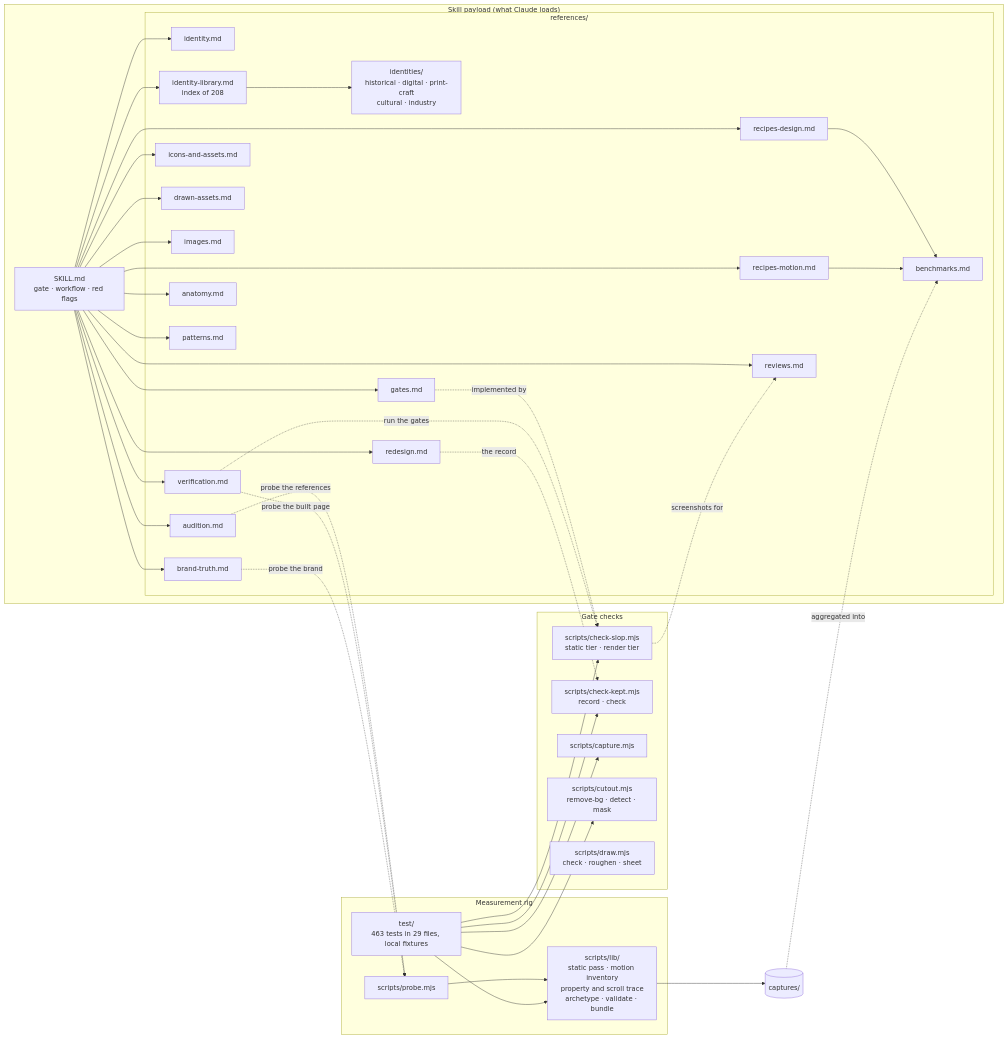
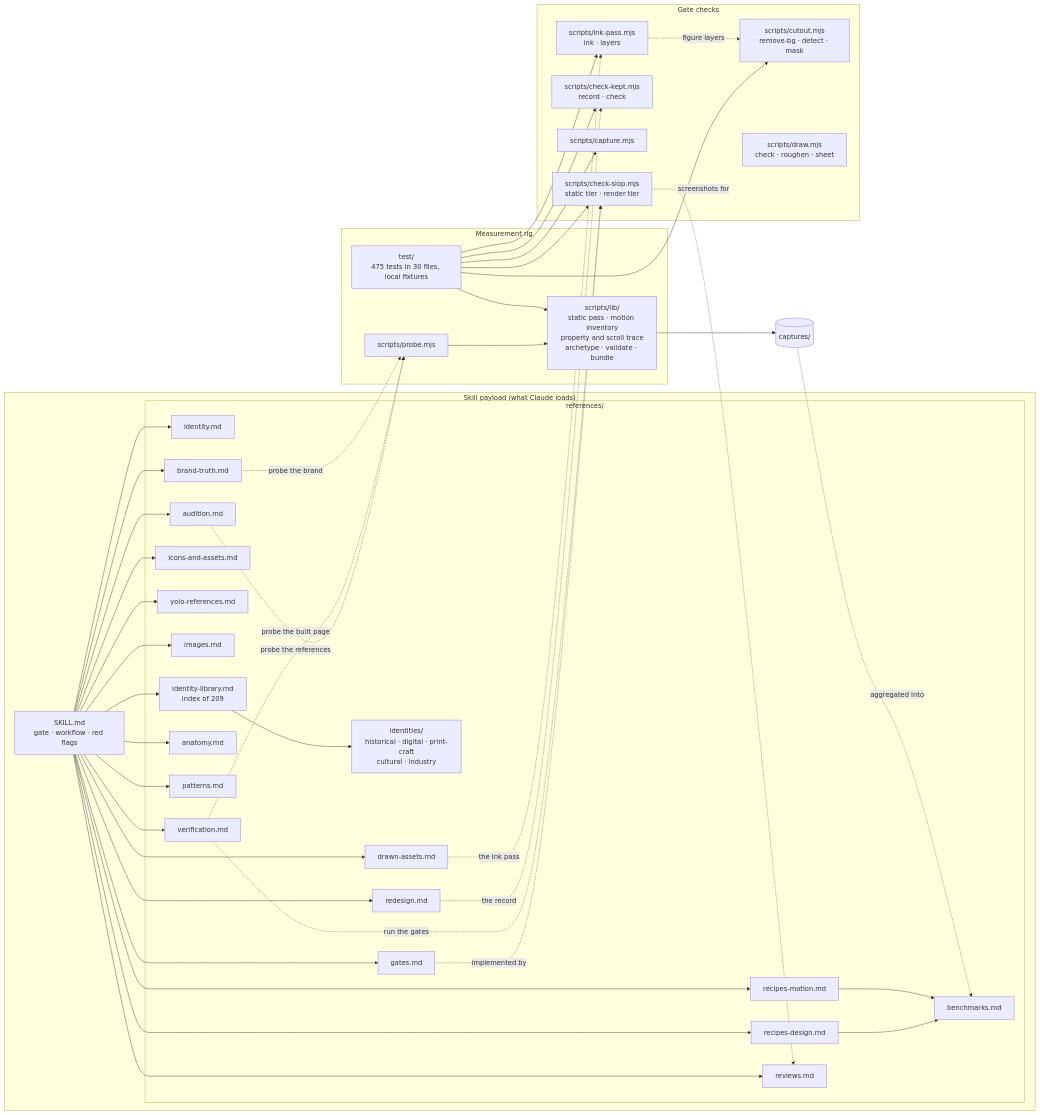
One commit to jounimn/df-design changed the second of 2 diagrams in README.md. Above: the diagram before and after it, drawn with Mermaid. The commit also changed other lines of this file and 20 other files, not shown here.

First line of the commit message:
feat(yolo): webcomic identity, local key art, the ink pass and continuous cuts

````diff
--- a/README.md
+++ b/README.md
@@ -183,51 +183,55 @@
 ```mermaid
 flowchart LR
     subgraph Skill["Skill payload (what Claude loads)"]
         SK["SKILL.md<br/>gate · workflow · red flags"]
         subgraph Refs["references/"]
             ID["identity.md"]
             AUD["audition.md"]
-            LIB["identity-library.md<br/>index of 208"]
+            LIB["identity-library.md<br/>index of 209"]
             FAM["identities/<br/>historical · digital · print-craft<br/>cultural · industry"]
             RD["recipes-design.md"]
             RM["recipes-motion.md"]
             IC["icons-and-assets.md"]
             DRA["drawn-assets.md"]
+            YRF["yolo-references.md"]
             IMG["images.md"]
             VER["verification.md"]
             BEN["benchmarks.md"]
             ANA["anatomy.md"]
             GAT["gates.md"]
             PAT["patterns.md"]
             REV["reviews.md"]
             RED["redesign.md"]
             BRT["brand-truth.md"]
         end
     end
     subgraph Rig["Measurement rig"]
         PRB["scripts/probe.mjs"]
         LIBS["scripts/lib/<br/>static pass · motion inventory<br/>property and scroll trace<br/>archetype · validate · bundle"]
-        TST["test/<br/>463 tests in 29 files, local fixtures"]
+        TST["test/<br/>475 tests in 30 files, local fixtures"]
     end
     subgraph Gates["Gate checks"]
         CSL["scripts/check-slop.mjs<br/>static tier · render tier"]
         CKP["scripts/check-kept.mjs<br/>record · check"]
         CPT["scripts/capture.mjs"]
         CUT["scripts/cutout.mjs<br/>remove-bg · detect · mask"]
         DRW["scripts/draw.mjs<br/>check · roughen · sheet"]
+        INK["scripts/ink-pass.mjs<br/>ink · layers"]
     end
-    SK --> ID & AUD & LIB & RD & RM & IC & DRA & IMG & VER & ANA & GAT & PAT & REV & RED & BRT
+    SK --> ID & AUD & LIB & RD & RM & IC & DRA & IMG & VER & ANA & GAT & PAT & REV & RED & BRT & YRF
     LIB --> FAM
     RD & RM --> BEN
     PRB --> LIBS
     LIBS --> CAP[("captures/")]
     CAP -. "aggregated into" .-> BEN
     AUD -. "probe the references" .-> PRB
     VER -. "probe the built page" .-> PRB
     GAT -. "implemented by" .-> CSL
     VER -. "run the gates" .-> CSL
     RED -. "the record" .-> CKP
     BRT -. "probe the brand" .-> PRB
     CSL -. "screenshots for" .-> REV
-    TST --> LIBS & CSL & CKP & CPT & CUT
+    TST --> LIBS & CSL & CKP & CPT & CUT & INK
+    DRA -. "the ink pass" .-> INK
+    INK -. "figure layers" .-> CUT
 ```
````
